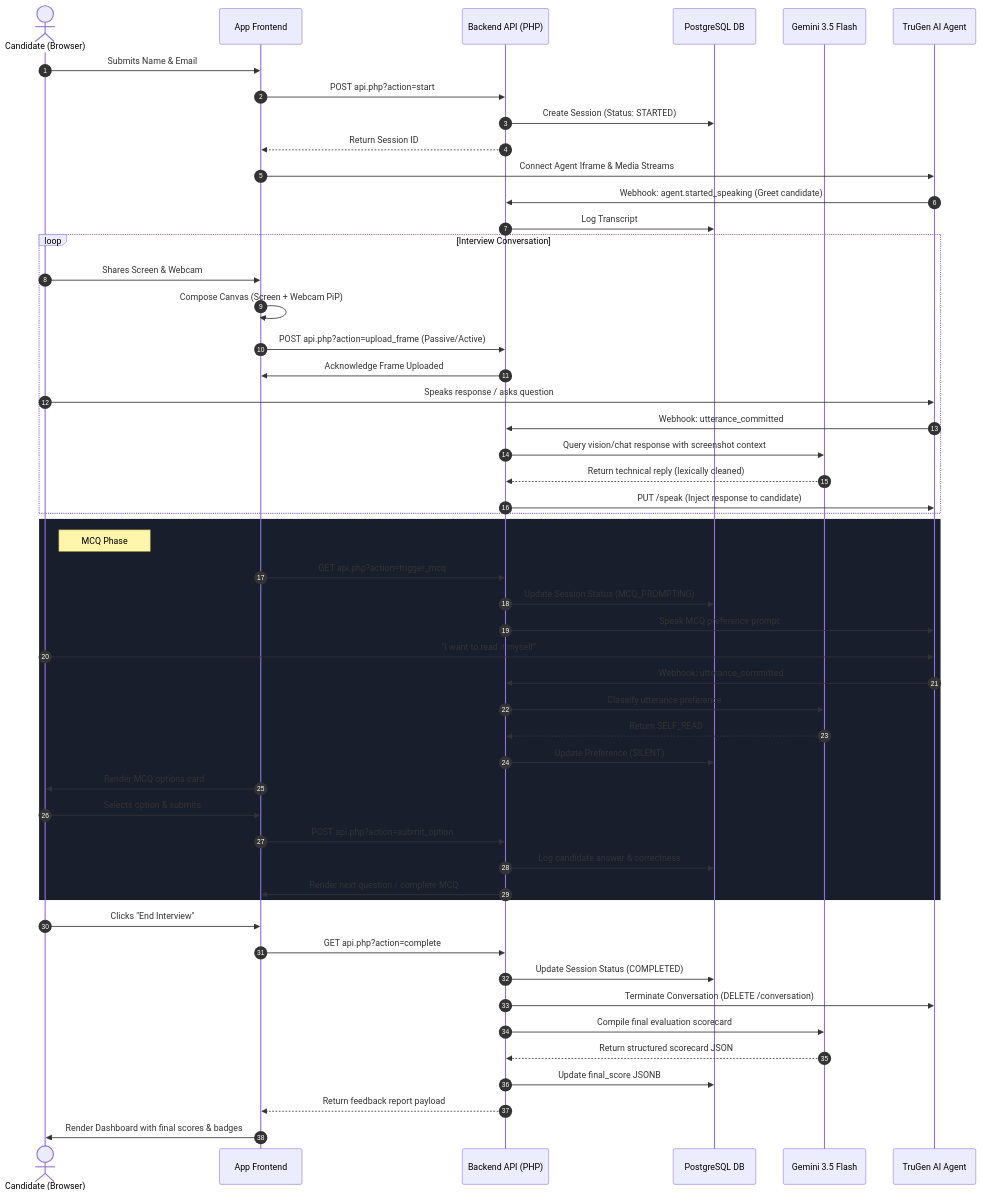
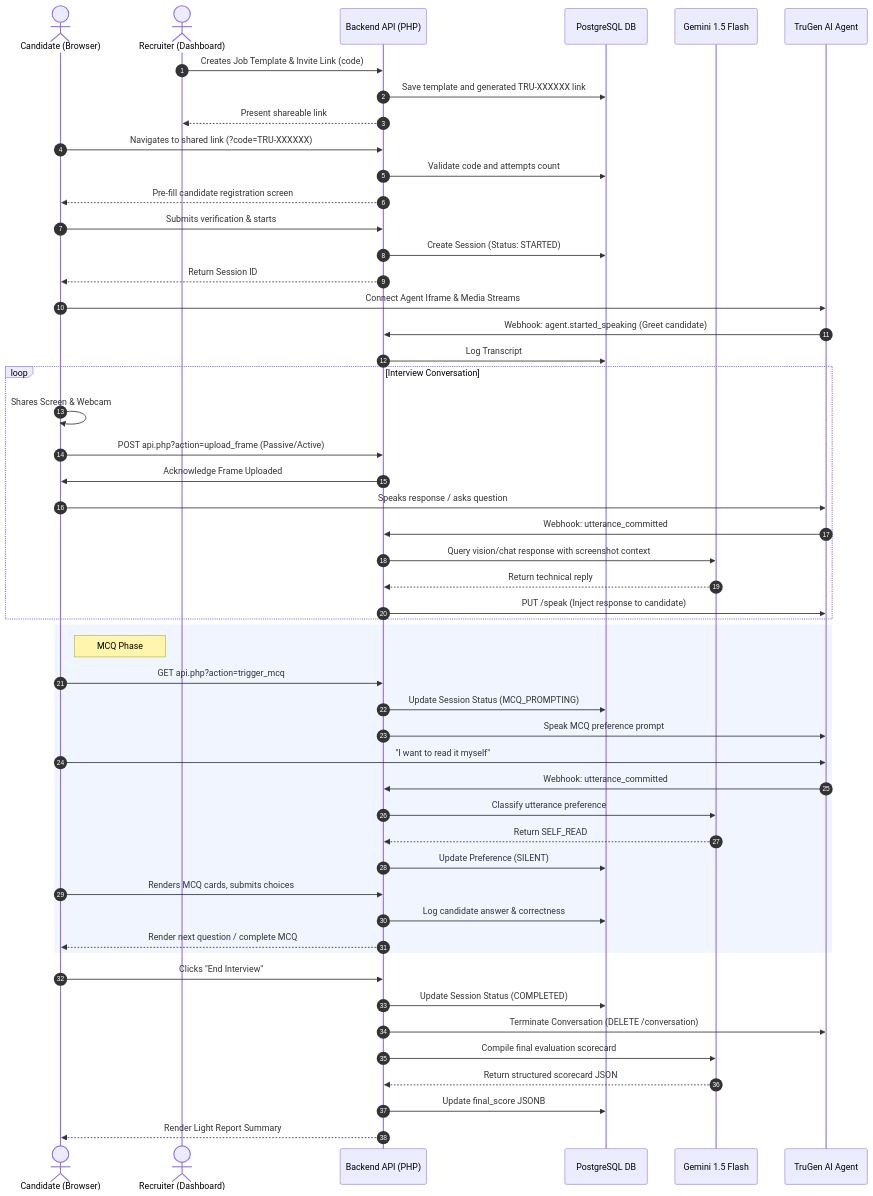
Before and after one commit to nippunrana/truinterview: the diagram in README.md, drawn with Mermaid. The commit also changed other lines of this file and 16 other files, not shown here.

Commit message:
feat: implement recruiter and candidate authentication systems and assessment reporting dashboard

````diff
--- a/README.md
+++ b/README.md
@@ -34,57 +38,59 @@
 ```mermaid
 sequenceDiagram
     autonumber
     actor Candidate as Candidate (Browser)
-    participant App as App Frontend
+    actor Recruiter as Recruiter (Dashboard)
     participant Server as Backend API (PHP)
     participant DB as PostgreSQL DB
-    participant Gemini as Gemini 3.5 Flash
+    participant Gemini as Gemini 1.5 Flash
     participant TruGen as TruGen AI Agent
 
-    Candidate->>App: Submits Name & Email
-    App->>Server: POST api.php?action=start
+    Recruiter->>Server: Creates Job Template & Invite Link (code)
+    Server->>DB: Save template and generated TRU-XXXXXX link
+    Server-->>Recruiter: Present shareable link
+    
+    Candidate->>Server: Navigates to shared link (?code=TRU-XXXXXX)
+    Server->>DB: Validate code and attempts count
+    Server-->>Candidate: Pre-fill candidate registration screen
+    
+    Candidate->>Server: Submits verification & starts
     Server->>DB: Create Session (Status: STARTED)
-    Server-->>App: Return Session ID
-    App->>TruGen: Connect Agent Iframe & Media Streams
+    Server-->>Candidate: Return Session ID
+    Candidate->>TruGen: Connect Agent Iframe & Media Streams
     TruGen->>Server: Webhook: agent.started_speaking (Greet candidate)
     Server->>DB: Log Transcript
     
     loop Interview Conversation
-        Candidate->>App: Shares Screen & Webcam
-        App->>App: Compose Canvas (Screen + Webcam PiP)
-        App->>Server: POST api.php?action=upload_frame (Passive/Active)
-        Server->>App: Acknowledge Frame Uploaded
+        Candidate->>Candidate: Shares Screen & Webcam
+        Candidate->>Server: POST api.php?action=upload_frame (Passive/Active)
+        Server->>Candidate: Acknowledge Frame Uploaded
         Candidate->>TruGen: Speaks response / asks question
         TruGen->>Server: Webhook: utterance_committed
         Server->>Gemini: Query vision/chat response with screenshot context
-        Gemini-->>Server: Return technical reply (lexically cleaned)
+        Gemini-->>Server: Return technical reply
         Server->>TruGen: PUT /speak (Inject response to candidate)
     end
 
-    rect rgb(25, 30, 45)
+    rect rgb(240, 245, 255)
         note right of Candidate: MCQ Phase
-        App->>Server: GET api.php?action=trigger_mcq
+        Candidate->>Server: GET api.php?action=trigger_mcq
         Server->>DB: Update Session Status (MCQ_PROMPTING)
         Server->>TruGen: Speak MCQ preference prompt
         Candidate->>TruGen: "I want to read it myself"
         TruGen->>Server: Webhook: utterance_committed
         Server->>Gemini: Classify utterance preference
         Gemini-->>Server: Return SELF_READ
         Server->>DB: Update Preference (SILENT)
-        App->>Candidate: Render MCQ options card
-        Candidate->>App: Selects option & submits
-        App->>Server: POST api.php?action=submit_option
+        Candidate->>Server: Renders MCQ cards, submits choices
         Server->>DB: Log candidate answer & correctness
-        Server->>App: Render next question / complete MCQ
+        Server-->>Candidate: Render next question / complete MCQ
     end
 
-    Candidate->>App: Clicks "End Interview"
-    App->>Server: GET api.php?action=complete
+    Candidate->>Server: Clicks "End Interview"
     Server->>DB: Update Session Status (COMPLETED)
     Server->>TruGen: Terminate Conversation (DELETE /conversation)
     Server->>Gemini: Compile final evaluation scorecard
     Gemini-->>Server: Return structured scorecard JSON
     Server->>DB: Update final_score JSONB
-    Server-->>App: Return feedback report payload
-    App->>Candidate: Render Dashboard with final scores & badges
+    Server-->>Candidate: Render Light Report Summary
 ```
````
